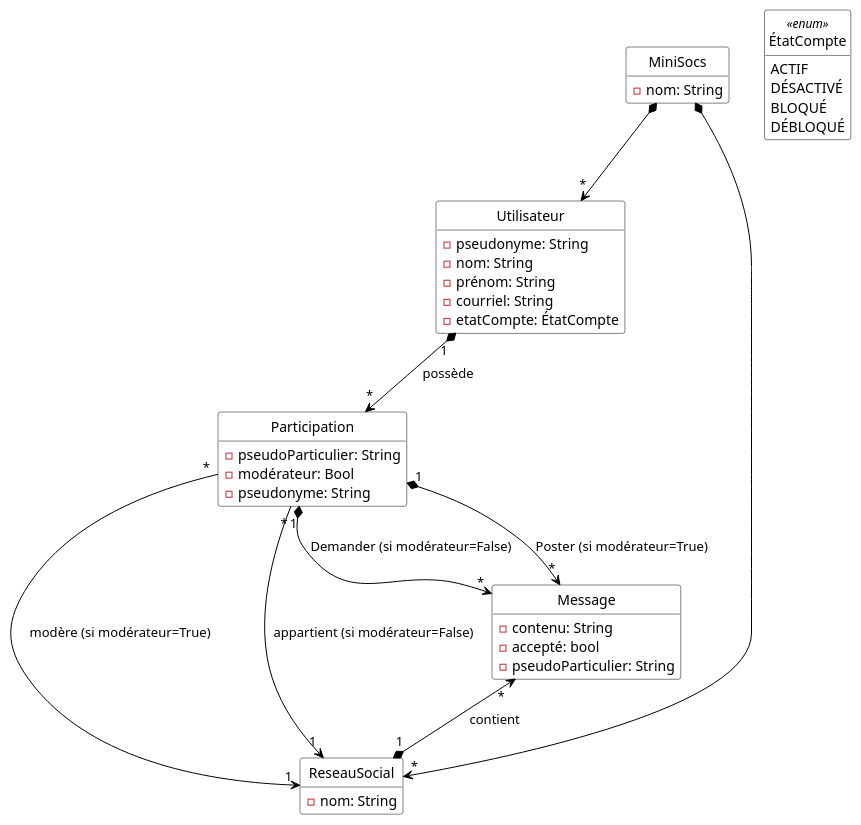
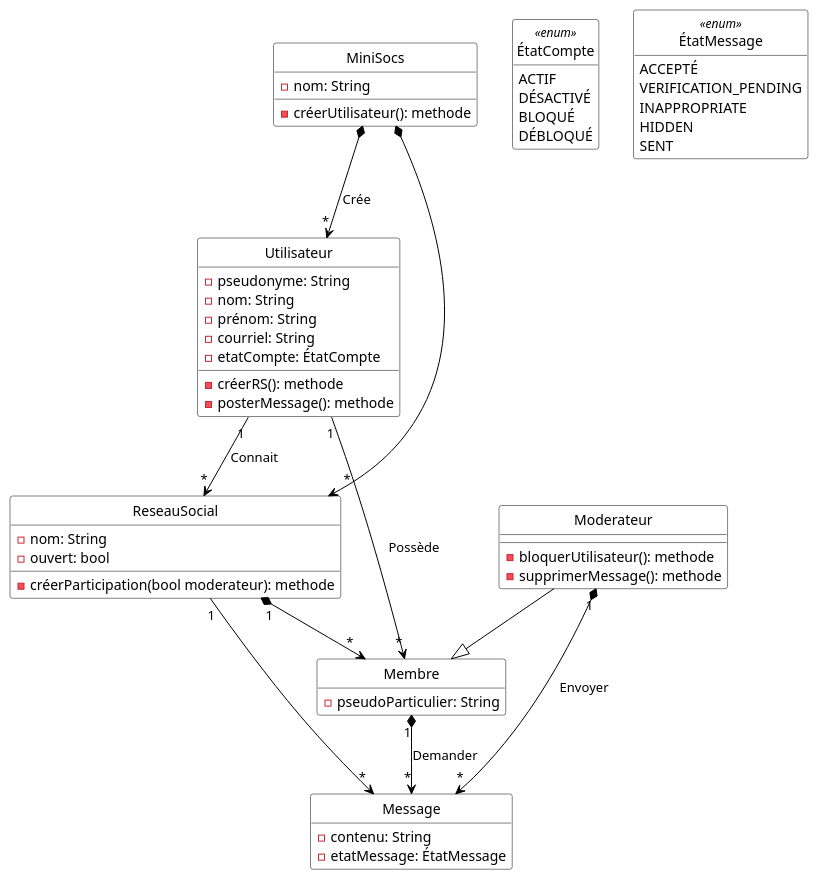
Before and after one commit to lukalafaye/MiniSocs: the diagram in Diagrammes/minisocs_uml_diag_classes_sans_notif.pu, drawn with PlantUML. The commit also changed 6 other files, not shown here.

```diff
--- a/Diagrammes/minisocs_uml_diag_classes_sans_notif.pu
+++ b/Diagrammes/minisocs_uml_diag_classes_sans_notif.pu
@@ -1,61 +1,82 @@
-@startuml
+	@startuml
 
-'Diagramme de classes (PlantUML)'
+	'Diagramme de classes (PlantUML)'
 
-'Configuration charte graphique'
-hide empty methods
-hide circle
-skinparam class {
-  BackgroundColor White
-  ArrowColor Black
-  BorderColor Black
-}
+	'Configuration charte graphique'
+	hide empty methods
+	hide circle
+	skinparam class {
+	  BackgroundColor White
+	  ArrowColor Black
+	  BorderColor Black
+	}
 
-'Classes, énumérations, etc.'
-class MiniSocs {
-  - nom: String
-}
+	'Classes, énumérations, etc.'
+	class MiniSocs {
+	  - nom: String
+	  - créerUtilisateur(): methode
+	}
 
-class Utilisateur {
-  - pseudonyme: String
-  - nom: String
-  - prénom: String
-  - courriel: String
-  - etatCompte: ÉtatCompte
-}
-enum ÉtatCompte <<enum>> {
-  ACTIF
-  DÉSACTIVÉ
-  BLOQUÉ
-  DÉBLOQUÉ
-}
+	class Utilisateur {
+	  - pseudonyme: String
+	  - nom: String
+	  - prénom: String
+	  - courriel: String
+	  - etatCompte: ÉtatCompte
+	  - créerRS(): methode
+	  - posterMessage(): methode
+	}
 
-class Participation {
-  - pseudoParticulier: String
-  - modérateur: Bool
-  - pseudonyme: String
-}
+	enum ÉtatCompte <<enum>> {
+	  ACTIF
+	  DÉSACTIVÉ
+	  BLOQUÉ
+	  DÉBLOQUÉ
+	}
 
-class ReseauSocial {
-  - nom: String
-}
+	enum ÉtatMessage <<enum>> {
+	  ACCEPTÉ
+	  VERIFICATION_PENDING
+	  INAPPROPRIATE
+	  HIDDEN
+	  SENT
+	}
 
-class Message {
-  - contenu: String
-  - accepté: bool
-  - pseudoParticulier: String
-}
+	class Membre {
+	  - pseudoParticulier: String
+	}
 
-'Associations, etc.'
-MiniSocs *--> "*" Utilisateur
-Utilisateur "1" *--> "*" Participation: possède
-Participation "*" --> "1" ReseauSocial: modère (si modérateur=True)
-Participation "*" --> "1" ReseauSocial: appartient (si modérateur=False)
-Participation "1" *--> "*" Message: Demander (si modérateur=False)
-Participation "1" *--> "*" Message: Poster (si modérateur=True)
-Message "*" <--* "1" ReseauSocial: contient
-MiniSocs *--> "*" ReseauSocial
+	class Moderateur {
+	  - bloquerUtilisateur(): methode
+	  - supprimerMessage(): methode
+	}
 
-'Au besoin, aides pour le positionnement'
+	class ReseauSocial {
+	  - nom: String
+	  - ouvert: bool
+	  - créerParticipation(bool moderateur): methode
+	}
 
-@enduml
+	class Message {
+	  - contenu: String
+	  - etatMessage: ÉtatMessage
+	}
+
+	'Associations, etc.'
+	MiniSocs *--> "*" Utilisateur: Crée
+	Utilisateur "1" --> "*" ReseauSocial: Connait
+        Utilisateur "1" --> "*" Membre: Possède
+	
+	Moderateur "1" *--> "*" Message: Envoyer
+	Membre "1" *--> "*" Message: Demander
+        
+	MiniSocs *--> "*" ReseauSocial
+        ReseauSocial "1"--> "*" Message
+        
+	ReseauSocial "1" *--> "*" Membre
+
+	Moderateur --|> Membre
+	
+	'Au besoin, aides pour le positionnement'
+
+	@enduml
```
